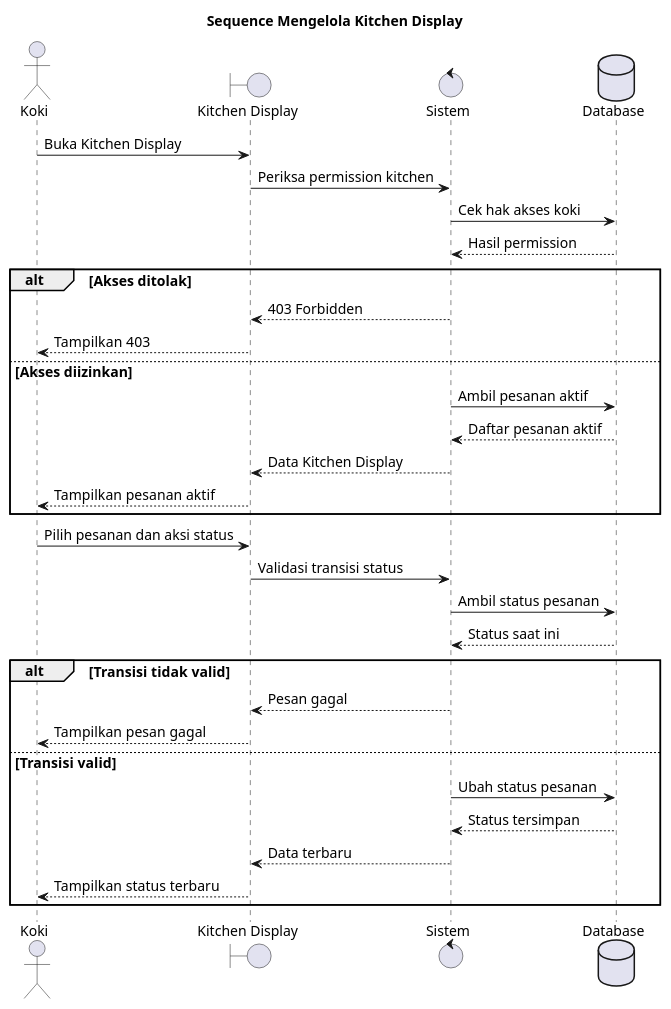
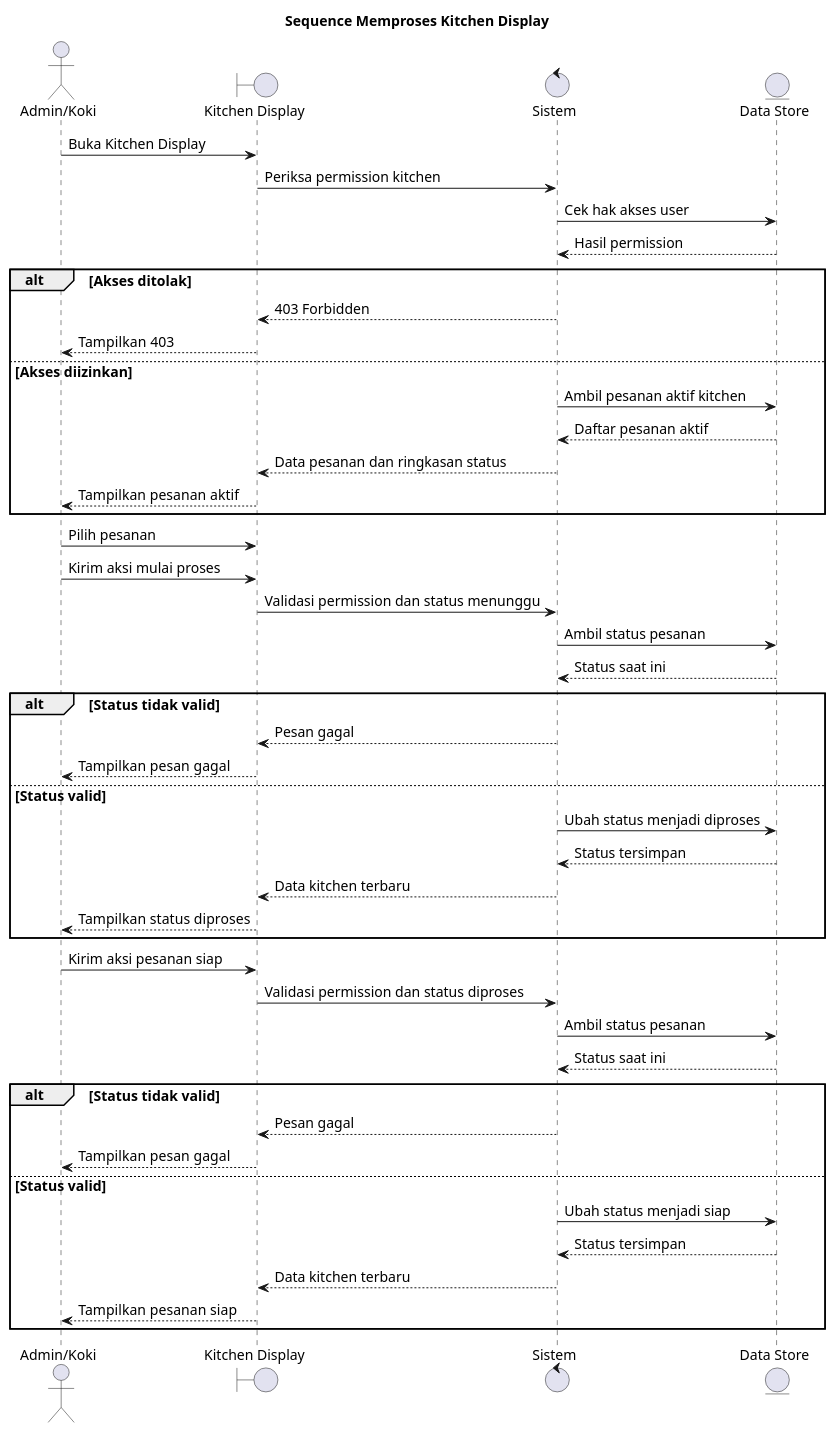
The ninth of 15 diagrams in docs/sequence-diagrams-plantuml.md (Samaelzco/warung_baleganjur), drawn with PlantUML before and after one commit. The commit also changed other lines of this file and 35 other files, not shown here.

````diff
--- a/docs/sequence-diagrams-plantuml.md
+++ b/docs/sequence-diagrams-plantuml.md
@@ -351,44 +357,60 @@
 ```plantuml
 @startuml
-title Sequence Mengelola Kitchen Display
+title Sequence Memproses Kitchen Display
 
 skinparam defaultFontName Arial
 skinparam defaultFontSize 14
 
-actor Koki
+actor "Admin/Koki" as AdminKoki
 boundary "Kitchen Display" as Page
 control "Sistem" as System
-database "Database" as DB
+entity "Data Store" as DB
 
-Koki -> Page: Buka Kitchen Display
+AdminKoki -> Page: Buka Kitchen Display
 Page -> System: Periksa permission kitchen
-System -> DB: Cek hak akses koki
+System -> DB: Cek hak akses user
 DB --> System: Hasil permission
 
 alt Akses ditolak
     System --> Page: 403 Forbidden
-    Page --> Koki: Tampilkan 403
+    Page --> AdminKoki: Tampilkan 403
 else Akses diizinkan
-    System -> DB: Ambil pesanan aktif
+    System -> DB: Ambil pesanan aktif kitchen
     DB --> System: Daftar pesanan aktif
-    System --> Page: Data Kitchen Display
-    Page --> Koki: Tampilkan pesanan aktif
+    System --> Page: Data pesanan dan ringkasan status
+    Page --> AdminKoki: Tampilkan pesanan aktif
 end
 
-Koki -> Page: Pilih pesanan dan aksi status
-Page -> System: Validasi transisi status
+AdminKoki -> Page: Pilih pesanan
+AdminKoki -> Page: Kirim aksi mulai proses
+Page -> System: Validasi permission dan status menunggu
 System -> DB: Ambil status pesanan
 DB --> System: Status saat ini
 
-alt Transisi tidak valid
+alt Status tidak valid
     System --> Page: Pesan gagal
-    Page --> Koki: Tampilkan pesan gagal
-else Transisi valid
-    System -> DB: Ubah status pesanan
+    Page --> AdminKoki: Tampilkan pesan gagal
+else Status valid
+    System -> DB: Ubah status menjadi diproses
     DB --> System: Status tersimpan
-    System --> Page: Data terbaru
-    Page --> Koki: Tampilkan status terbaru
+    System --> Page: Data kitchen terbaru
+    Page --> AdminKoki: Tampilkan status diproses
+end
+
+AdminKoki -> Page: Kirim aksi pesanan siap
+Page -> System: Validasi permission dan status diproses
+System -> DB: Ambil status pesanan
+DB --> System: Status saat ini
+
+alt Status tidak valid
+    System --> Page: Pesan gagal
+    Page --> AdminKoki: Tampilkan pesan gagal
+else Status valid
+    System -> DB: Ubah status menjadi siap
+    DB --> System: Status tersimpan
+    System --> Page: Data kitchen terbaru
+    Page --> AdminKoki: Tampilkan pesanan siap
 end
 
 @enduml
 ```
````
